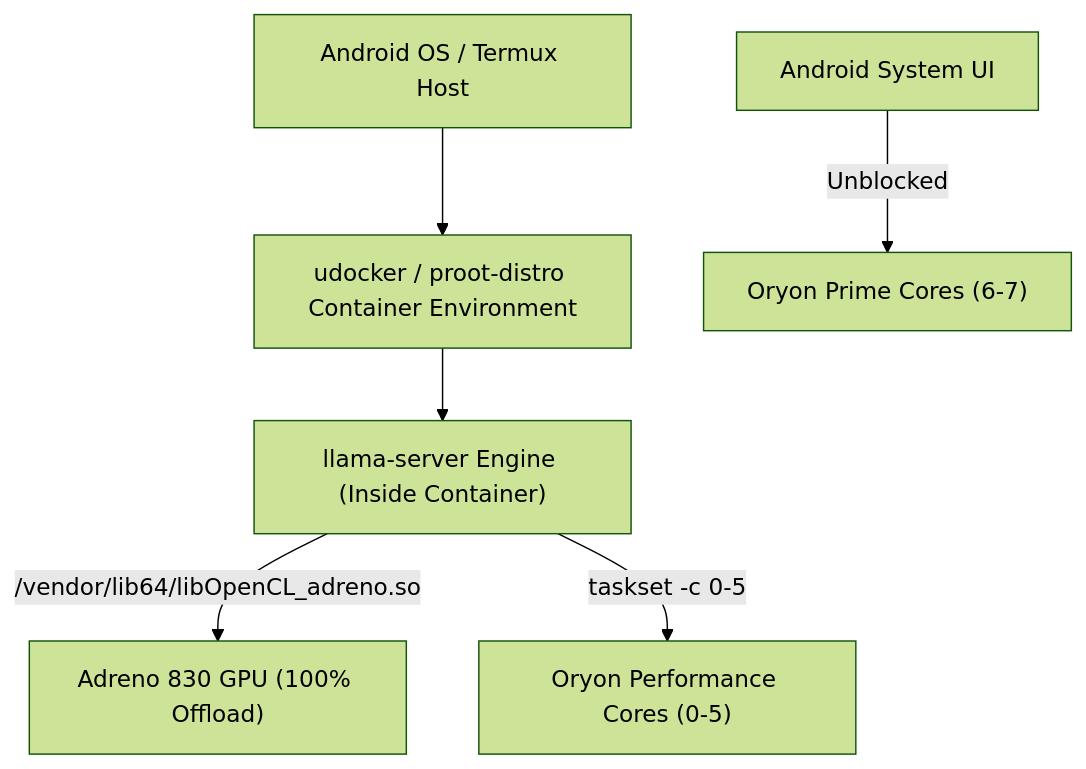
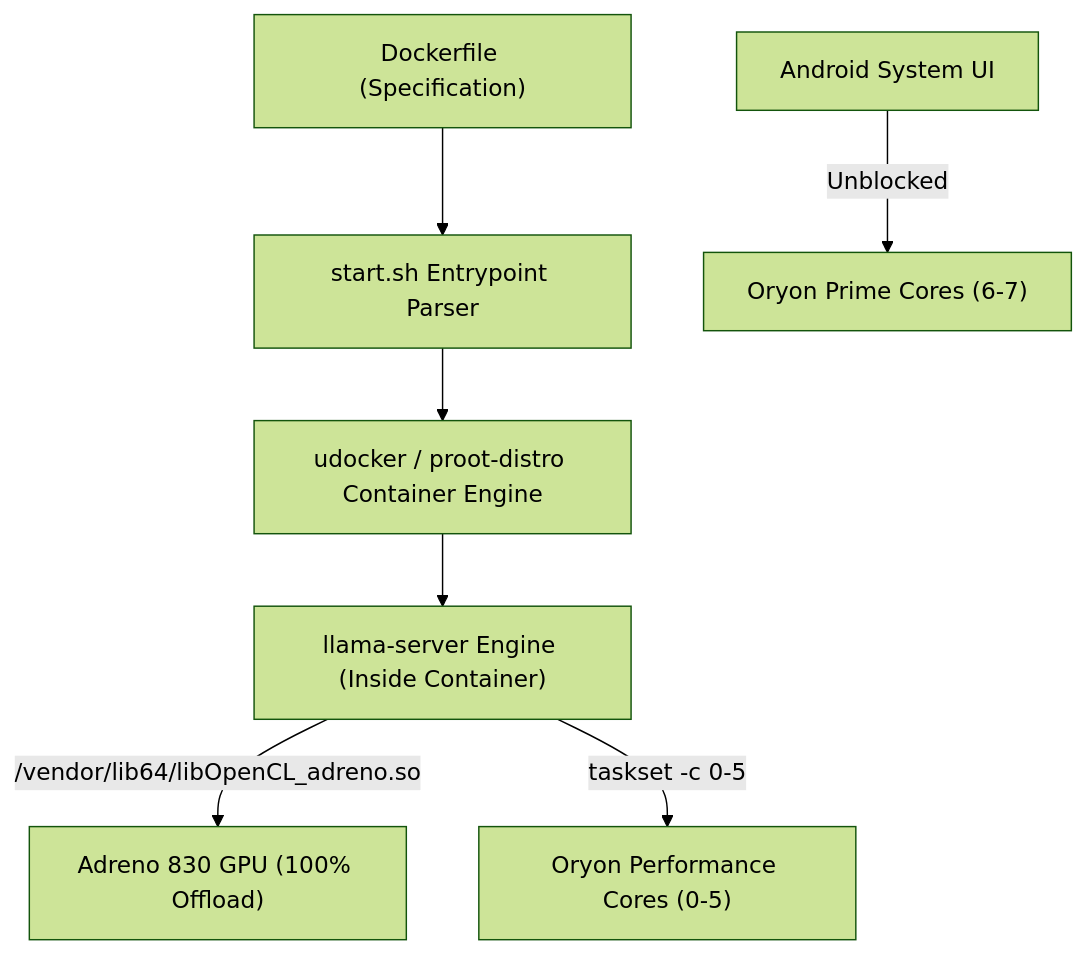
Before and after one commit to mateusoro/llama-android-container: the diagram in README.md, drawn with Mermaid (forest theme). The commit also changed other lines of this file and 3 other files, not shown here.

Commit message:
Add Dockerfile support and make start.sh accept Dockerfile as parameter

````diff
--- a/README.md
+++ b/README.md
@@ -14,8 +14,9 @@
 ```mermaid
 graph TD
-    A["Android OS / Termux Host"] --> B["udocker / proot-distro Container Environment"]
-    B --> C["llama-server Engine (Inside Container)"]
-    C -->|"/vendor/lib64/libOpenCL_adreno.so"| D["Adreno 830 GPU (100% Offload)"]
-    C -->|"taskset -c 0-5"| E["Oryon Performance Cores (0-5)"]
-    F["Android System UI"] -->|Unblocked| G["Oryon Prime Cores (6-7)"]
+    A["Dockerfile (Specification)"] --> B["start.sh Entrypoint Parser"]
+    B --> C["udocker / proot-distro Container Engine"]
+    C --> D["llama-server Engine (Inside Container)"]
+    D -->|"/vendor/lib64/libOpenCL_adreno.so"| E["Adreno 830 GPU (100% Offload)"]
+    D -->|"taskset -c 0-5"| F["Oryon Performance Cores (0-5)"]
+    G["Android System UI"] -->|Unblocked| H["Oryon Prime Cores (6-7)"]
 ```
````
